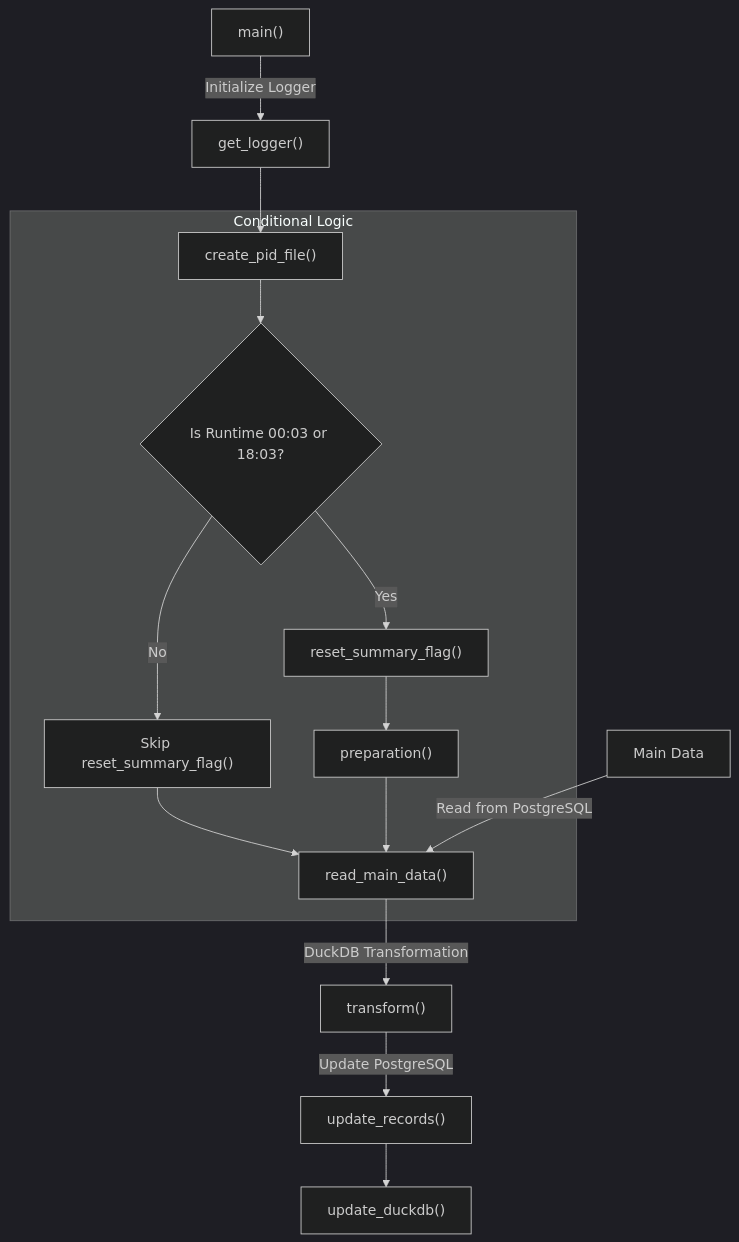
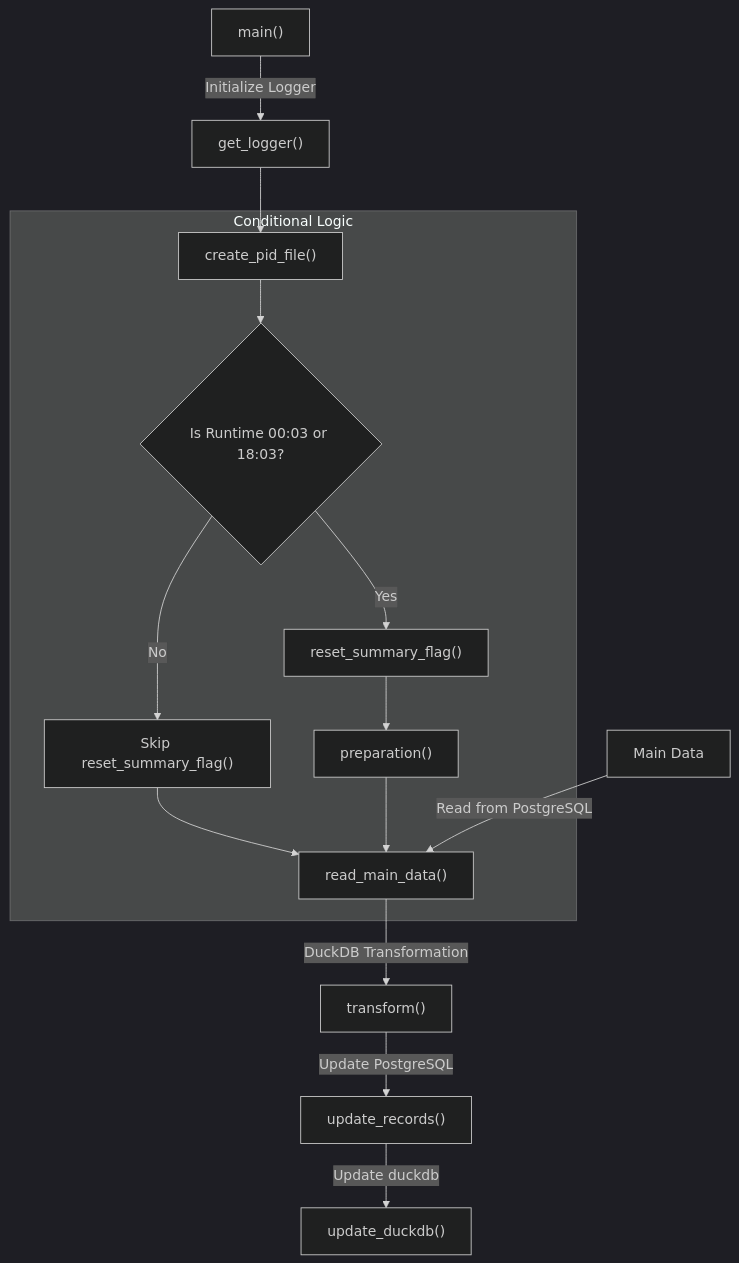
One commit to maulanaady/psn changed the second of 2 diagrams in UDR/calculation_readme.md. Above: the diagram before and after it, drawn with Mermaid (dark theme). The commit also changed other lines of this file, not shown here.

Commit message:
update readme file

````diff
--- a/UDR/calculation_readme.md
+++ b/UDR/calculation_readme.md
@@ -75,20 +74,20 @@
 ```mermaid
 graph TD;
     A[main#40;#41;] --> |Initialize Logger| B[get_logger#40;#41;];
     B --> D[create_pid_file#40;#41;];
 
     
     subgraph Conditional Logic
         D --> G{Is Runtime 00:03 or 18:03?}
         G -- Yes --> H[reset_summary_flag#40;#41;];
         G -- No --> I[Skip reset_summary_flag#40;#41;] --> F[read_main_data#40;#41;];
         H --> J[preparation#40;#41;] --> F[read_main_data#40;#41;];
     end
 
     P[Main Data] --> |Read from PostgreSQL| F;
     F --> |DuckDB Transformation| K[transform#40;#41;];
     K --> |Update PostgreSQL| L[update_records#40;#41;];
-    L --> M[update_duckdb#40;#41;];
+    L --> |Update duckdb| M[update_duckdb#40;#41;];
 
 
 ```
````
